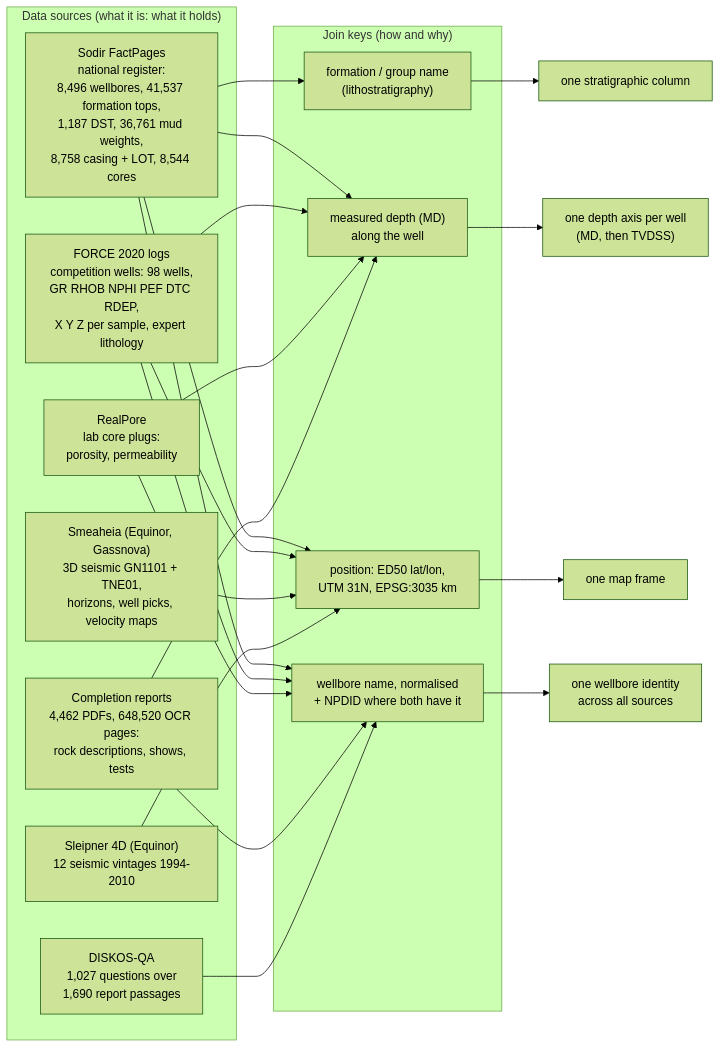
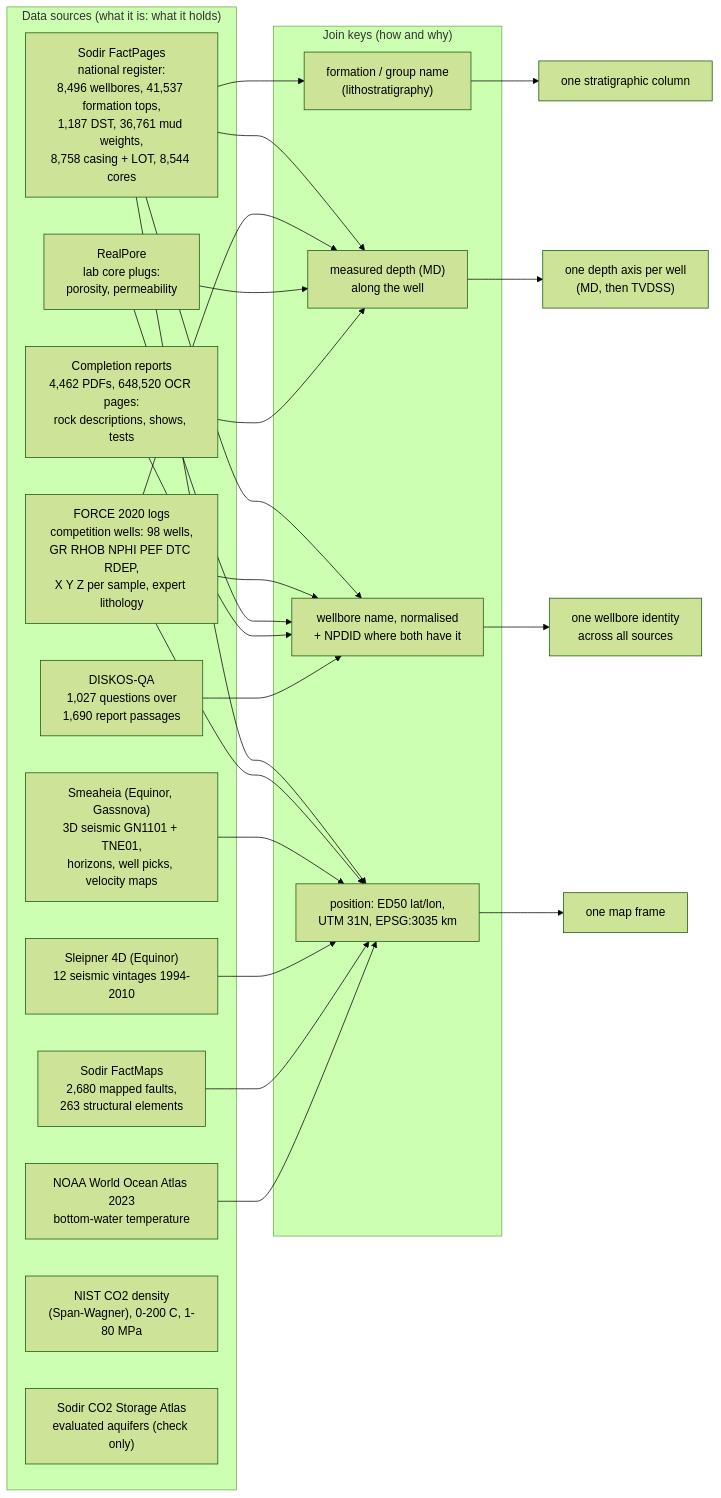
The first of 2 diagrams in subsurface-evidence/docs/architecture.md (frheg/hackathon-force), drawn with Mermaid (forest theme) before and after one commit. The commit also changed other lines of this file and 32 other files, not shown here.

````diff
--- a/subsurface-evidence/docs/architecture.md
+++ b/subsurface-evidence/docs/architecture.md
@@ -7,29 +7,35 @@
 ```mermaid
 flowchart LR
   subgraph SRC["Data sources (what it is: what it holds)"]
     FP["Sodir FactPages<br/>national register:<br/>8,496 wellbores, 41,537 formation tops,<br/>1,187 DST, 36,761 mud weights,<br/>8,758 casing + LOT, 8,544 cores"]
     F20["FORCE 2020 logs<br/>competition wells: 98 wells,<br/>GR RHOB NPHI PEF DTC RDEP,<br/>X Y Z per sample, expert lithology"]
     RP["RealPore<br/>lab core plugs:<br/>porosity, permeability"]
     REP["Completion reports<br/>4,462 PDFs, 648,520 OCR pages:<br/>rock descriptions, shows, tests"]
     DQA["DISKOS-QA<br/>1,027 questions over<br/>1,690 report passages"]
     SM["Smeaheia (Equinor, Gassnova)<br/>3D seismic GN1101 + TNE01,<br/>horizons, well picks, velocity maps"]
     SL["Sleipner 4D (Equinor)<br/>12 seismic vintages 1994-2010"]
+    FM["Sodir FactMaps<br/>2,680 mapped faults,<br/>263 structural elements"]
+    WOA["NOAA World Ocean Atlas 2023<br/>bottom-water temperature"]
+    NIST["NIST CO2 density<br/>(Span-Wagner), 0-200 C, 1-80 MPa"]
+    ATL["Sodir CO2 Storage Atlas<br/>evaluated aquifers (check only)"]
   end
   subgraph KEY["Join keys (how and why)"]
     K1["wellbore name, normalised<br/>+ NPDID where both have it"]
     K2["measured depth (MD)<br/>along the well"]
     K3["position: ED50 lat/lon,<br/>UTM 31N, EPSG:3035 km"]
     K4["formation / group name<br/>(lithostratigraphy)"]
   end
   FP --> K1 & K2 & K3 & K4
   F20 --> K1 & K2 & K3
   RP --> K1 & K2
   REP --> K1 & K2
   DQA --> K1
   SM --> K3
   SL --> K3
+  FM --> K3
+  WOA --> K3
   K1 --> J["one wellbore identity<br/>across all sources"]
   K2 --> J2["one depth axis per well<br/>(MD, then TVDSS)"]
   K3 --> J3["one map frame"]
   K4 --> J4["one stratigraphic column"]
 ```
````
